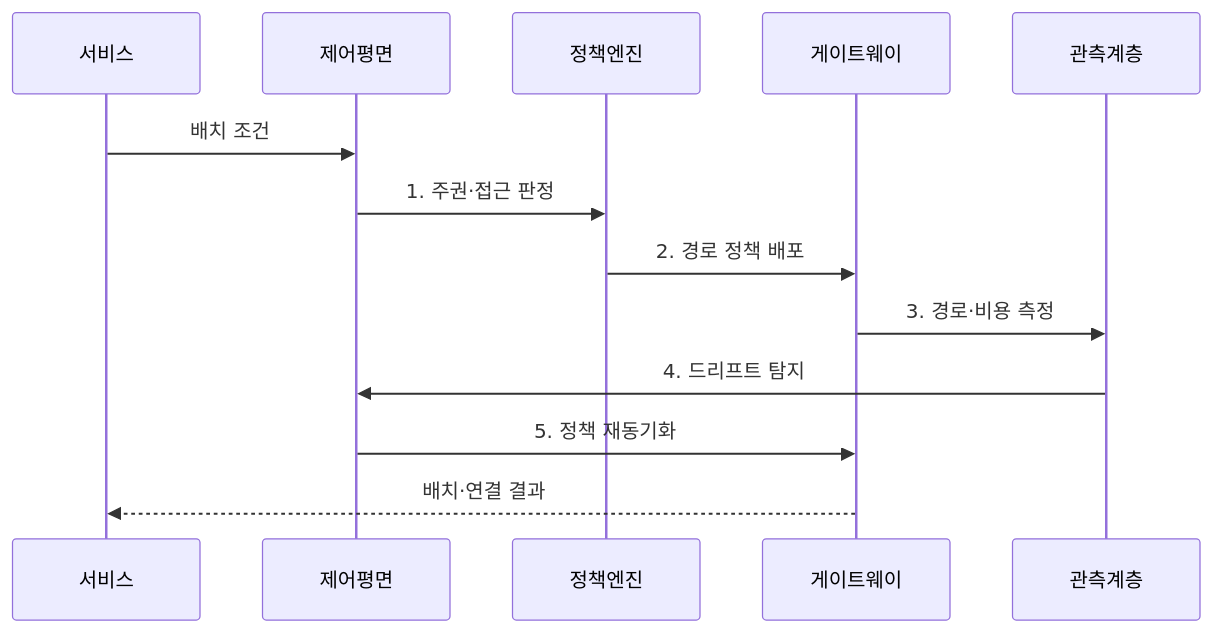
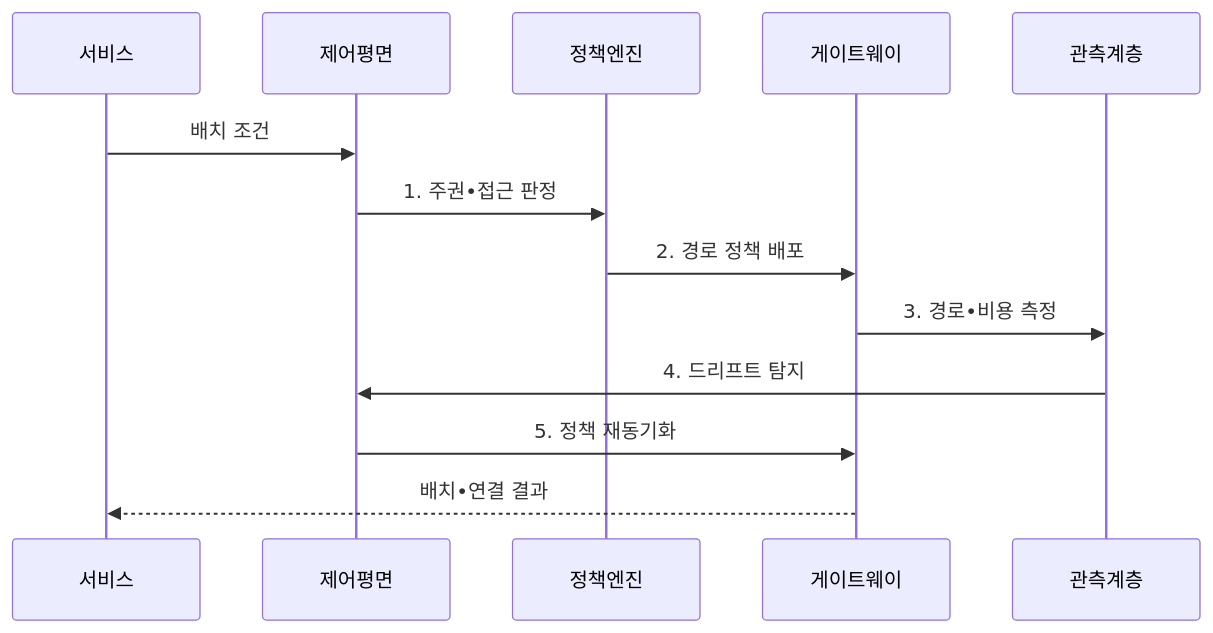
Before and after one commit to agnusdei1207/knowledge-base: the second of 2 diagrams in src/content/docs/notes/04-network/101_distributed_cloud_networking.md, drawn with Mermaid. The commit also changed other lines of this file and 953 other files, not shown here.

````diff
--- a/src/content/docs/notes/04-network/101_distributed_cloud_networking.md
+++ b/src/content/docs/notes/04-network/101_distributed_cloud_networking.md
@@ -103,15 +103,15 @@
 ```mermaid
 sequenceDiagram
     participant 서비스
     participant 제어평면
     participant 정책엔진
     participant 게이트웨이
     participant 관측계층
     서비스->>제어평면: 배치 조건
-    제어평면->>정책엔진: 1. 주권·접근 판정
+    제어평면->>정책엔진: 1. 주권•접근 판정
     정책엔진->>게이트웨이: 2. 경로 정책 배포
-    게이트웨이->>관측계층: 3. 경로·비용 측정
+    게이트웨이->>관측계층: 3. 경로•비용 측정
     관측계층->>제어평면: 4. 드리프트 탐지
     제어평면->>게이트웨이: 5. 정책 재동기화
-    게이트웨이-->>서비스: 배치·연결 결과
+    게이트웨이-->>서비스: 배치•연결 결과
 ```
````
